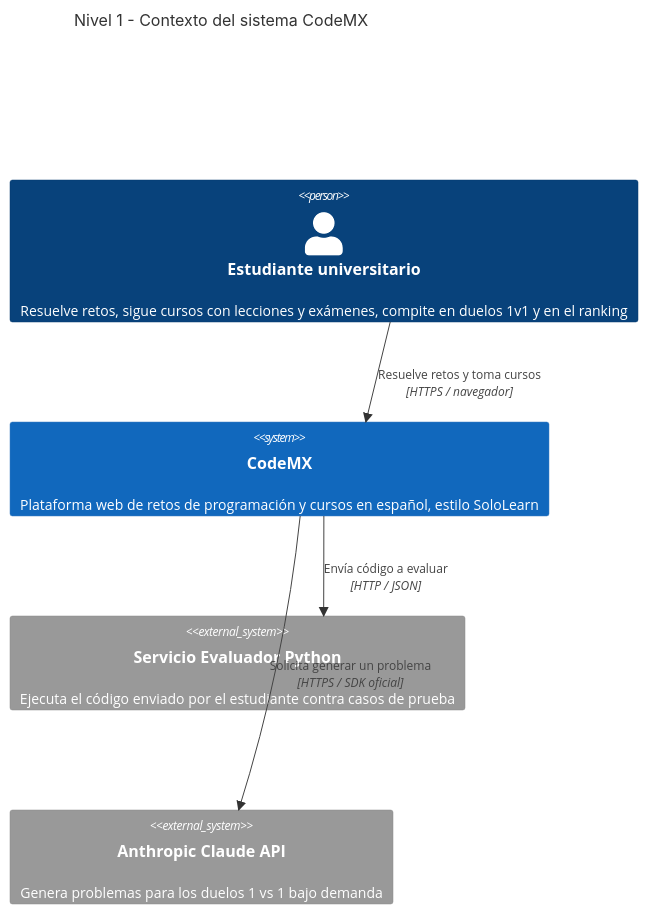
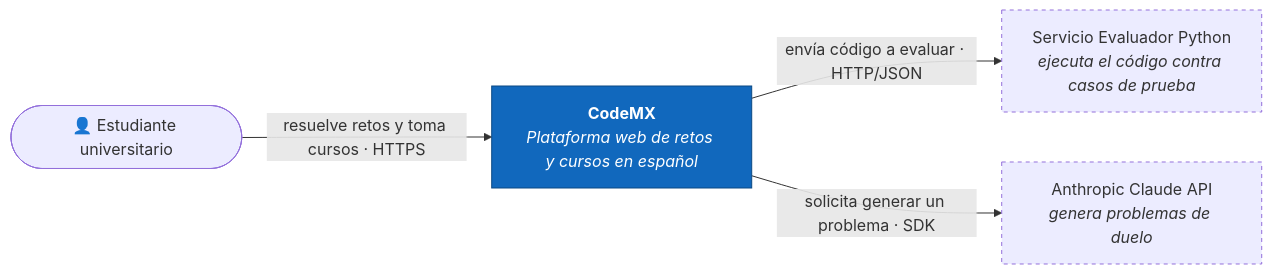
One commit to Cab5ter/CodeMX- changed the first of 3 diagrams in README.md. Above: the diagram before and after it, drawn with Mermaid. The commit also changed other lines of this file, not shown here.

Commit message:
FIX C4 diagrams - switch to flowchart layout for readability (Mermaid)

````diff
--- a/README.md
+++ b/README.md
@@ -151,17 +151,16 @@
 ```mermaid
-C4Context
-    title Nivel 1 - Contexto del sistema CodeMX
+flowchart LR
+    est(["👤 Estudiante universitario"])
+    codemx["<b>CodeMX</b><br/><i>Plataforma web de retos y cursos en español</i>"]
+    pyeval["Servicio Evaluador Python<br/><i>ejecuta el código contra casos de prueba</i>"]
+    claude["Anthropic Claude API<br/><i>genera problemas de duelo</i>"]
 
-    Person(estudiante, "Estudiante universitario", "Resuelve retos, sigue cursos con lecciones y exámenes, compite en duelos 1v1 y en el ranking")
+    est -->|"resuelve retos y toma cursos · HTTPS"| codemx
+    codemx -->|"envía código a evaluar · HTTP/JSON"| pyeval
+    codemx -->|"solicita generar un problema · SDK"| claude
 
-    System(codemx, "CodeMX", "Plataforma web de retos de programación y cursos en español, estilo SoloLearn")
-
-    System_Ext(evaluador, "Servicio Evaluador Python", "Ejecuta el código enviado por el estudiante contra casos de prueba")
-    System_Ext(claude, "Anthropic Claude API", "Genera problemas para los duelos 1 vs 1 bajo demanda")
-
-    Rel(estudiante, codemx, "Resuelve retos y toma cursos", "HTTPS / navegador")
-    Rel(codemx, evaluador, "Envía código a evaluar", "HTTP / JSON")
-    Rel(codemx, claude, "Solicita generar un problema", "HTTPS / SDK oficial")
-
-    UpdateLayoutConfig($c4ShapeInRow="2", $c4BoundaryInRow="1")
+    classDef sys fill:#1168bd,stroke:#0b4884,color:#fff;
+    classDef ext stroke-dasharray:4 4;
+    class codemx sys;
+    class pyeval,claude ext;
 ```
````
